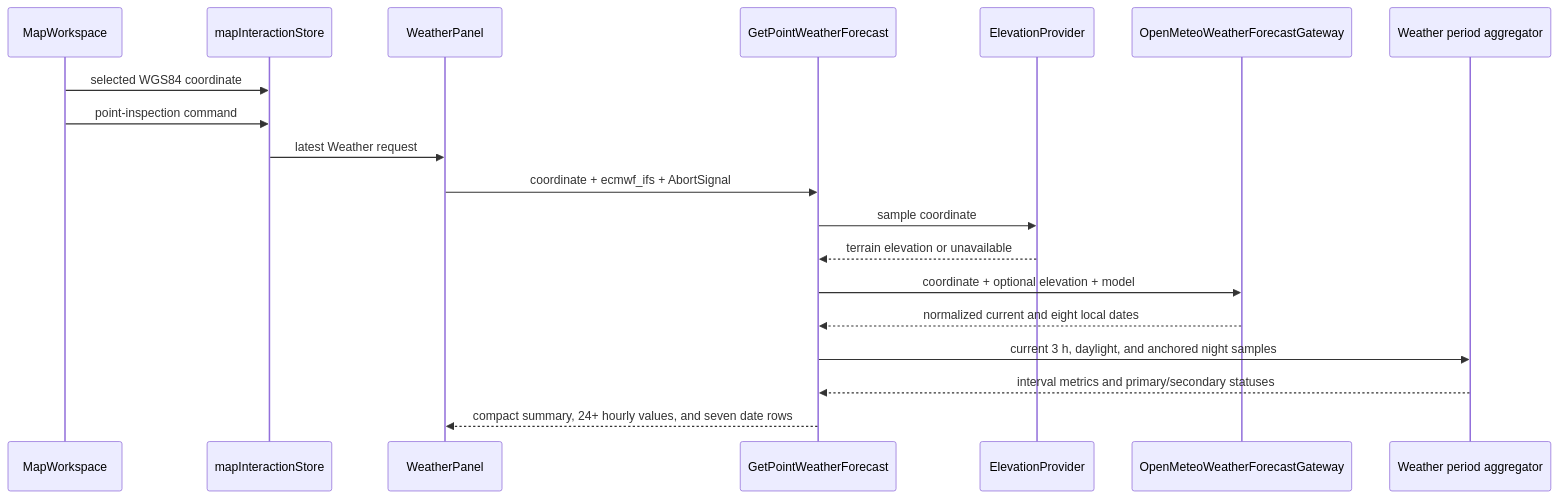
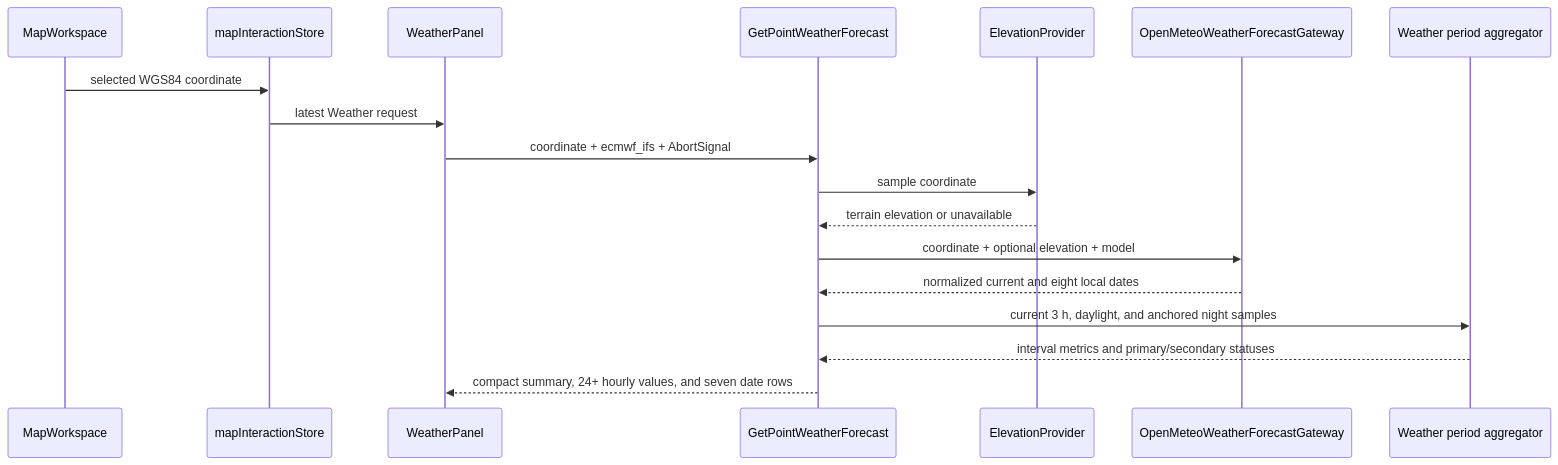
Before and after one commit to bogdandm/georgia-routing-planner: the eighth of 8 diagrams in docs/runtime-flows.md, drawn with Mermaid. The commit also changed other lines of this file and 16 other files, not shown here.

````diff
--- a/docs/runtime-flows.md
+++ b/docs/runtime-flows.md
@@ -741,22 +752,21 @@
 ```mermaid
 sequenceDiagram
   participant Map as MapWorkspace
   participant Command as mapInteractionStore
   participant Panel as WeatherPanel
   participant UseCase as GetPointWeatherForecast
   participant DEM as ElevationProvider
   participant Gateway as OpenMeteoWeatherForecastGateway
   participant Period as Weather period aggregator
 
   Map->>Command: selected WGS84 coordinate
-  Map->>Command: point-inspection command
   Command->>Panel: latest Weather request
   Panel->>UseCase: coordinate + ecmwf_ifs + AbortSignal
   UseCase->>DEM: sample coordinate
   DEM-->>UseCase: terrain elevation or unavailable
   UseCase->>Gateway: coordinate + optional elevation + model
   Gateway-->>UseCase: normalized current and eight local dates
   UseCase->>Period: current 3 h, daylight, and anchored night samples
   Period-->>UseCase: interval metrics and primary/secondary statuses
   UseCase-->>Panel: compact summary, 24+ hourly values, and seven date rows
 ```
````
